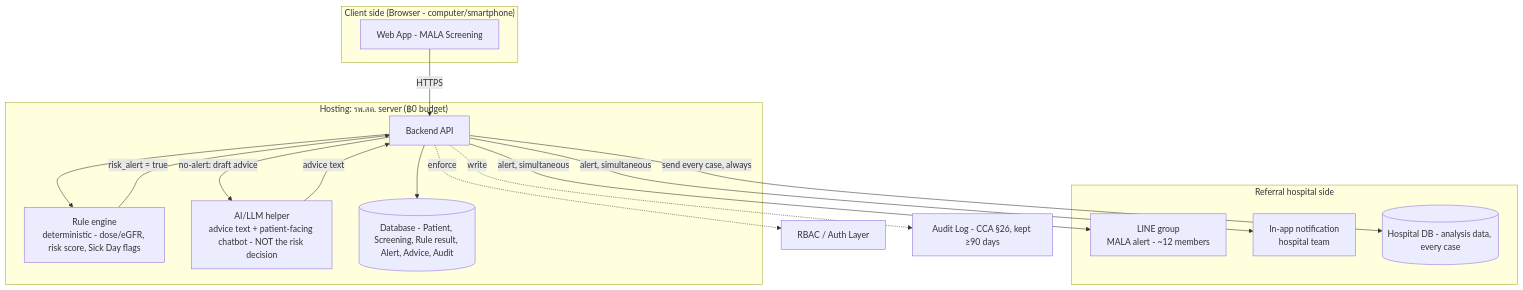
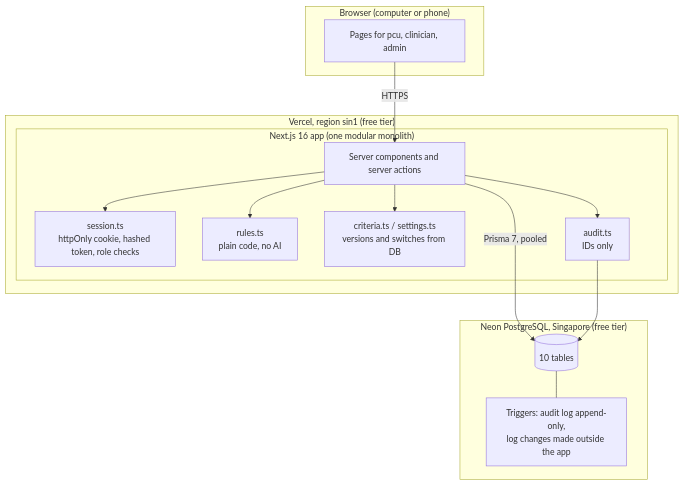
Before and after one commit to tpose-corp/mala-risk-screening: the fourth of 4 diagrams in .docs/02-design/diagrams.md, drawn with Mermaid. The commit also changed other lines of this file and 33 other files, not shown here.

````diff
--- a/.docs/02-design/diagrams.md
+++ b/.docs/02-design/diagrams.md
@@ -172,32 +224,30 @@
 ```mermaid
 flowchart TB
-  subgraph Client["Client side (Browser - computer/smartphone)"]
-    UI[Web App - MALA Screening]
+  subgraph Browser["Browser (computer or phone)"]
+    UI[Pages for pcu, clinician, admin]
   end
 
-  subgraph Server["Hosting: รพ.สต. server (฿0 budget)"]
-    API[Backend API]
-    Rules[Rule engine\ndeterministic - dose/eGFR, risk score, Sick Day flags]
-    AI[AI/LLM helper\nadvice text + patient-facing chatbot - NOT the risk decision]
-    DB[(Database - Patient, Screening, Rule result, Alert, Advice, Audit)]
+  subgraph Vercel["Vercel, region sin1 (free tier)"]
+    subgraph Next["Next.js 16 app (one modular monolith)"]
+      Pages[Server components and server actions]
+      Auth[session.ts\nhttpOnly cookie, hashed token, role checks]
+      Rules[rules.ts\nplain code, no AI]
+      Crit[criteria.ts / settings.ts\nversions and switches from DB]
+      Audit[audit.ts\nIDs only]
+    end
   end
 
-  subgraph Hospital["Referral hospital side"]
-    LineGrp[LINE group\nMALA alert - ~12 members]
-    HospitalUI[In-app notification\nhospital team]
-    HospDB[(Hospital DB - analysis data, every case)]
+  subgraph Neon["Neon PostgreSQL, Singapore (free tier)"]
+    Tables[(10 tables)]
+    Trig[Triggers: audit log append-only,\nlog changes made outside the app]
   end
 
-  UI -->|HTTPS| API
-  API --> Rules
-  Rules -->|risk_alert = true| API
-  API -->|"alert, simultaneous"| LineGrp
-  API -->|"alert, simultaneous"| HospitalUI
-  API -->|"no-alert: draft advice"| AI
-  AI -->|advice text| API
-  API --> DB
-  API -->|"send every case, always"| HospDB
-
-  API -.enforce.-> RBAC[RBAC / Auth Layer]
-  API -.write.-> AuditLog[Audit Log - CCA §26, kept ≥90 days]
+  UI -->|HTTPS| Pages
+  Pages --> Auth
+  Pages --> Rules
+  Pages --> Crit
+  Pages --> Audit
+  Pages -->|Prisma 7, pooled| Tables
+  Audit --> Tables
+  Tables --- Trig
 ```
````
